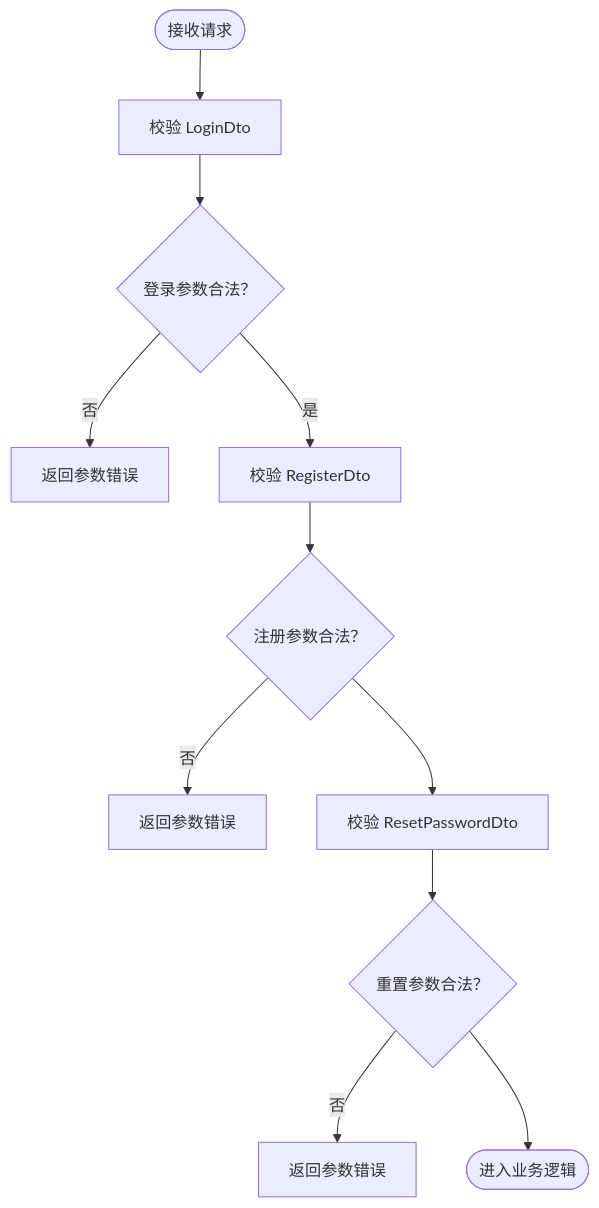
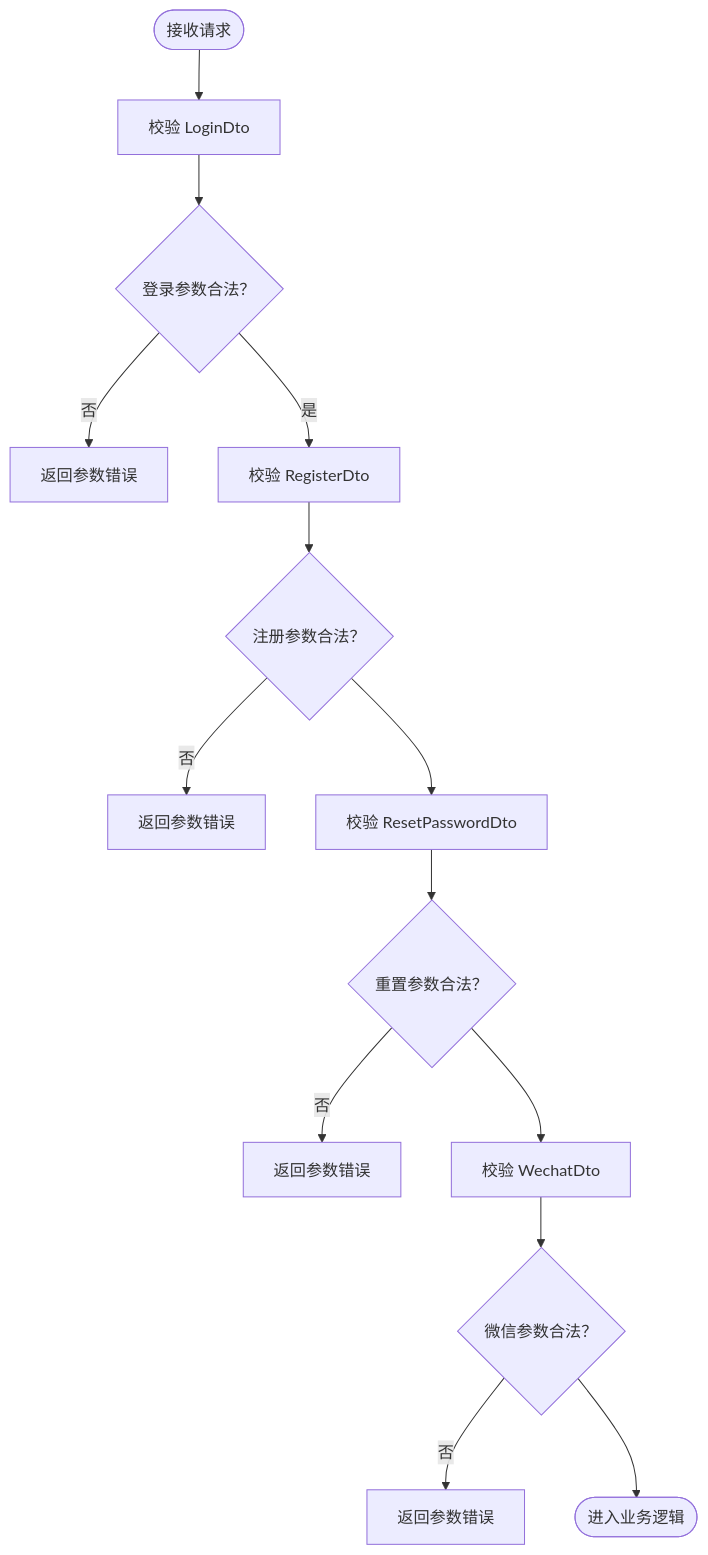
The fifth of 15 diagrams in .qoder/repowiki/zh/content/后端开发指南/核心模块详解/认证模块.md (lsqwawa/free-dress), drawn with Mermaid before and after one commit. The commit also changed other lines of this file and 71 other files, not shown here.

````diff
--- a/.qoder/repowiki/zh/content/后端开发指南/核心模块详解/认证模块.md
+++ b/.qoder/repowiki/zh/content/后端开发指南/核心模块详解/认证模块.md
@@ -258,13 +295,16 @@
 ```mermaid
 flowchart TD
 Start(["接收请求"]) --> ValidateLogin["校验 LoginDto"]
 ValidateLogin --> LoginValid{"登录参数合法？"}
 LoginValid --> |否| ReturnLoginError["返回参数错误"]
 LoginValid --> |是| ValidateRegister["校验 RegisterDto"]
 ValidateRegister --> RegisterValid{"注册参数合法？"}
 RegisterValid --> |否| ReturnRegisterError["返回参数错误"]
 RegisterValid --> ValidateReset["校验 ResetPasswordDto"]
 ValidateReset --> ResetValid{"重置参数合法？"}
 ResetValid --> |否| ReturnResetError["返回参数错误"]
-ResetValid --> End(["进入业务逻辑"])
+ResetValid --> ValidateWechat["校验 WechatDto"]
+ValidateWechat --> WechatValid{"微信参数合法？"}
+WechatValid --> |否| ReturnWechatError["返回参数错误"]
+WechatValid --> End(["进入业务逻辑"])
 ```
````
